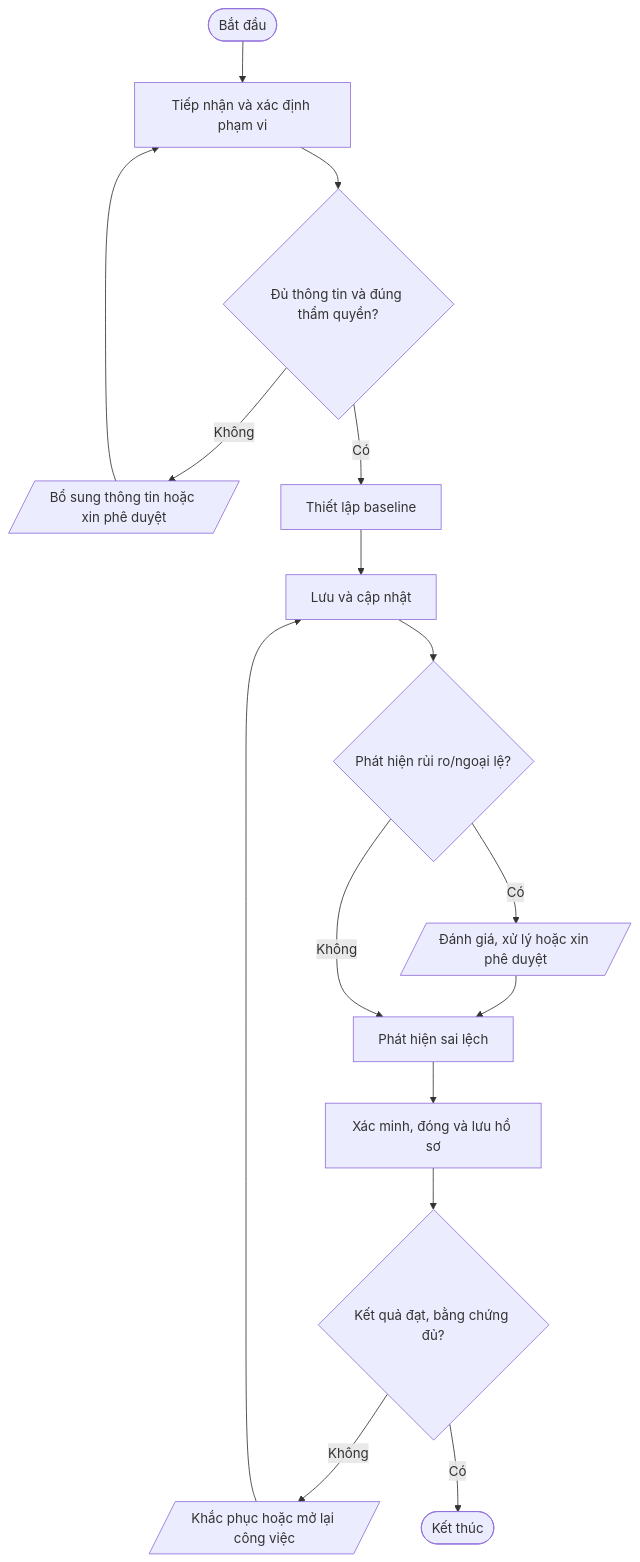
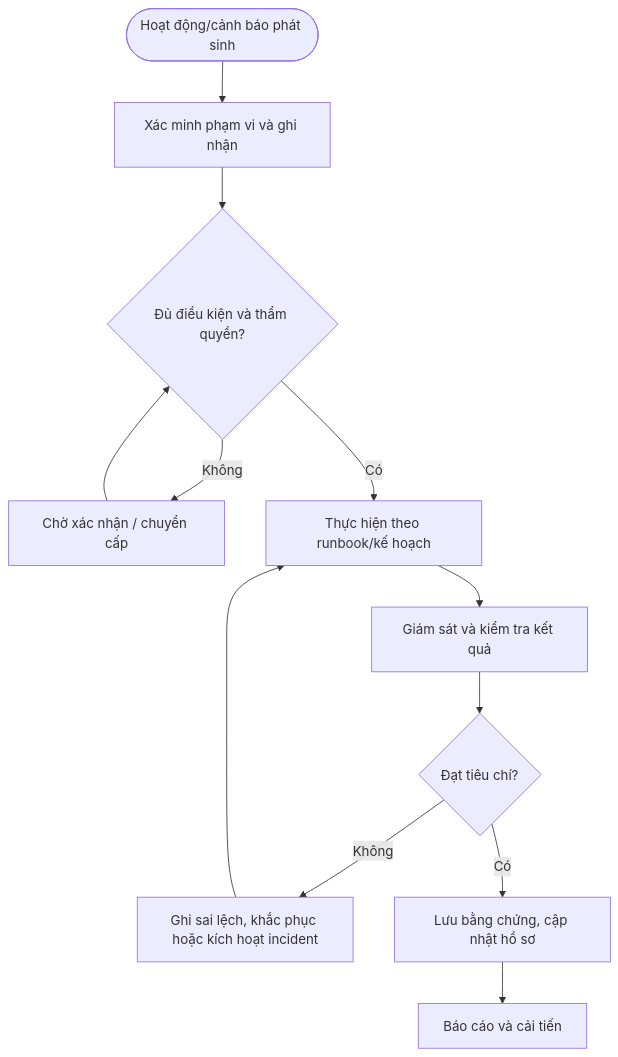
The diagram in quy-trinh/chi-tiet/QT-IT-14.md (daoaigiangnam/Quy_Trinh_Chuan), drawn with Mermaid before and after one commit. The commit also changed other lines of this file, not shown here.

Commit message:
Cập nhật nội dung chi tiết QT-IT-14.md lên main

````diff
--- a/quy-trinh/chi-tiet/QT-IT-14.md
+++ b/quy-trinh/chi-tiet/QT-IT-14.md
@@ -31,18 +130,14 @@
 ```mermaid
 flowchart TD
-  A([Bắt đầu]) --> S1["Tiếp nhận và xác định phạm vi"]
-  S1 --> D1{"Đủ thông tin và đúng thẩm quyền?"}
-  D1 -- Không --> F1[/"Bổ sung thông tin hoặc xin phê duyệt"/]
-  F1 --> S1
-  D1 -- Có --> S2["Thiết lập baseline"]
-  S2 --> S3["Lưu và cập nhật"]
-  S3 --> D2{"Phát hiện rủi ro/ngoại lệ?"}
-  D2 -- Có --> RISK[/"Đánh giá, xử lý hoặc xin phê duyệt"/]
-  RISK --> S4["Phát hiện sai lệch"]
-  D2 -- Không --> S4
-  S4 --> S5["Xác minh, đóng và lưu hồ sơ"]
-  S5 --> D3{"Kết quả đạt, bằng chứng đủ?"}
-  D3 -- Không --> R[/"Khắc phục hoặc mở lại công việc"/]
-  R --> S3
-  D3 -- Có --> Z([Kết thúc])
+ A([Hoạt động/cảnh báo phát sinh]) --> B[Xác minh phạm vi và ghi nhận]
+ B --> C{Đủ điều kiện và thẩm quyền?}
+ C -- Không --> D[Chờ xác nhận / chuyển cấp]
+ D --> C
+ C -- Có --> E[Thực hiện theo runbook/kế hoạch]
+ E --> F[Giám sát và kiểm tra kết quả]
+ F --> G{Đạt tiêu chí?}
+ G -- Không --> H[Ghi sai lệch, khắc phục hoặc kích hoạt incident]
+ H --> E
+ G -- Có --> I[Lưu bằng chứng, cập nhật hồ sơ]
+ I --> J[Báo cáo và cải tiến]
 ```
````
